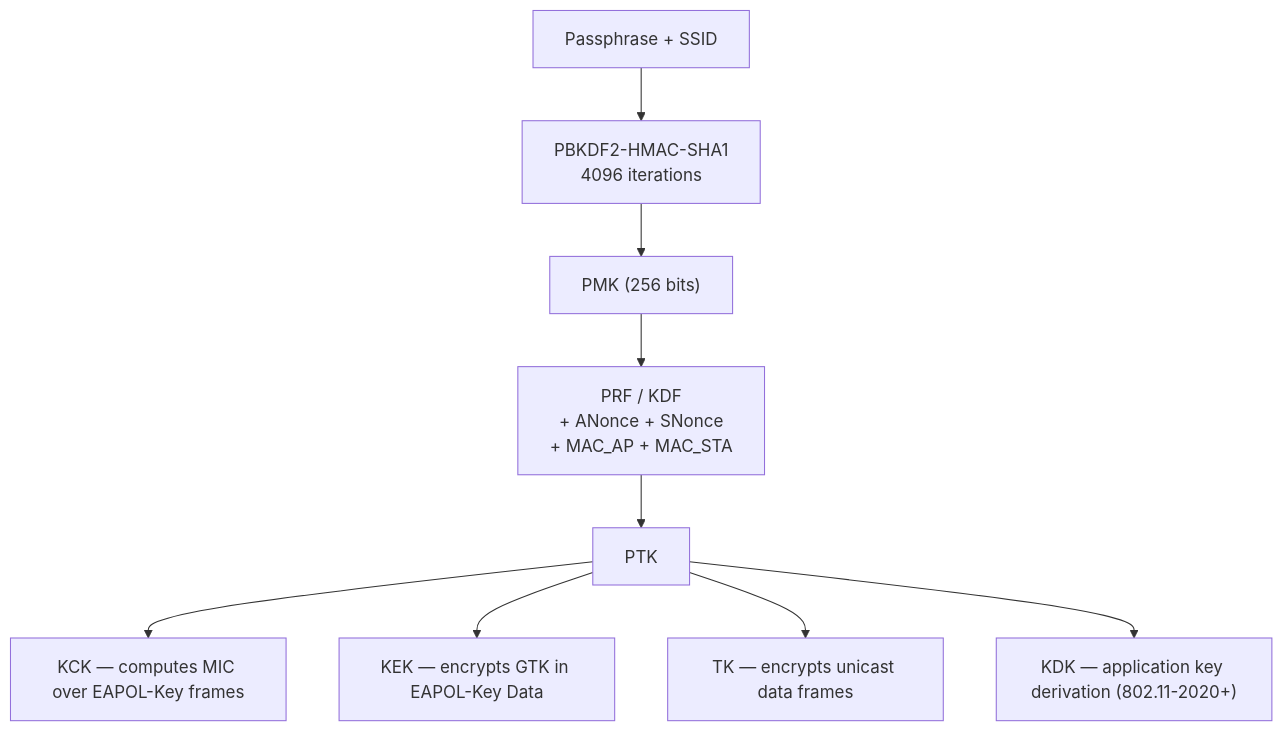
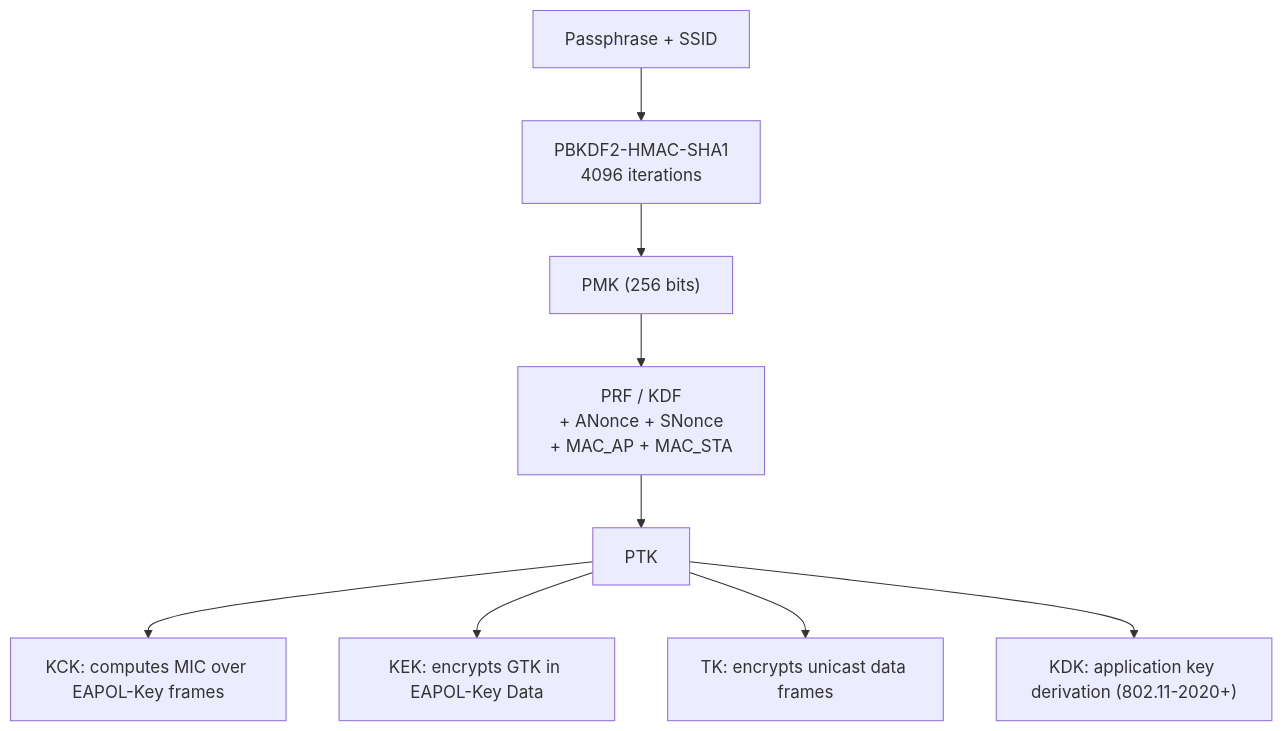
Before and after one commit to StrongWind1/WiFi_Cracking: the first of 2 diagrams in docs/protocol/key-hierarchy.md, drawn with Mermaid. The commit also changed other lines of this file and 35 other files, not shown here.

````diff
--- a/docs/protocol/key-hierarchy.md
+++ b/docs/protocol/key-hierarchy.md
@@ -18,11 +18,11 @@
 ```mermaid
 flowchart TD
     P["Passphrase + SSID"] --> B["PBKDF2-HMAC-SHA1\n4096 iterations"]
     B --> PMK["PMK (256 bits)"]
     PMK --> PRF["PRF / KDF\n+ ANonce + SNonce\n+ MAC_AP + MAC_STA"]
     PRF --> PTK["PTK"]
-    PTK --> KCK["KCK — computes MIC over EAPOL-Key frames"]
-    PTK --> KEK["KEK — encrypts GTK in EAPOL-Key Data"]
-    PTK --> TK["TK — encrypts unicast data frames"]
-    PTK --> KDK["KDK — application key derivation (802.11-2020+)"]
+    PTK --> KCK["KCK: computes MIC over EAPOL-Key frames"]
+    PTK --> KEK["KEK: encrypts GTK in EAPOL-Key Data"]
+    PTK --> TK["TK: encrypts unicast data frames"]
+    PTK --> KDK["KDK: application key derivation (802.11-2020+)"]
 ```
````
